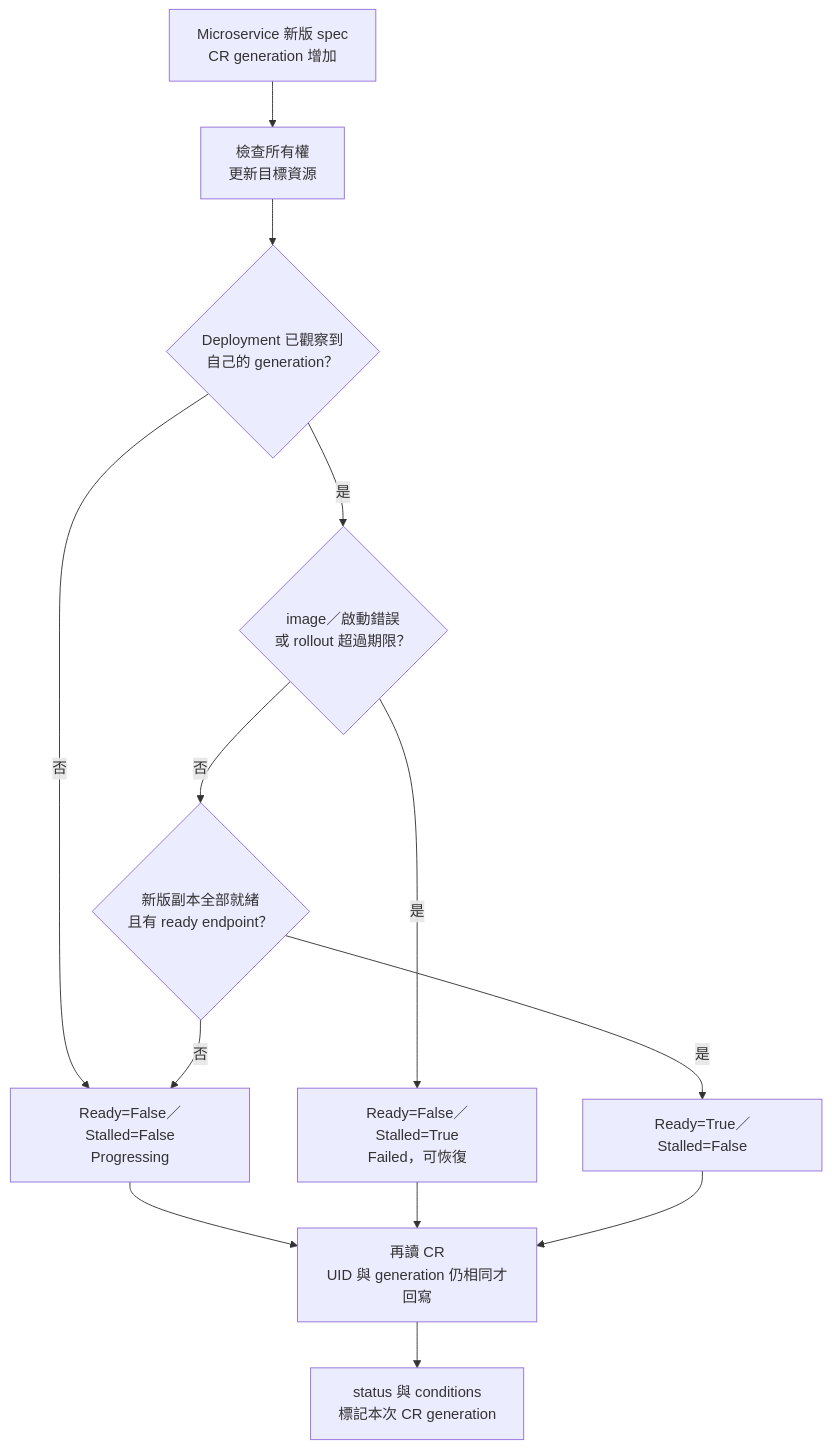
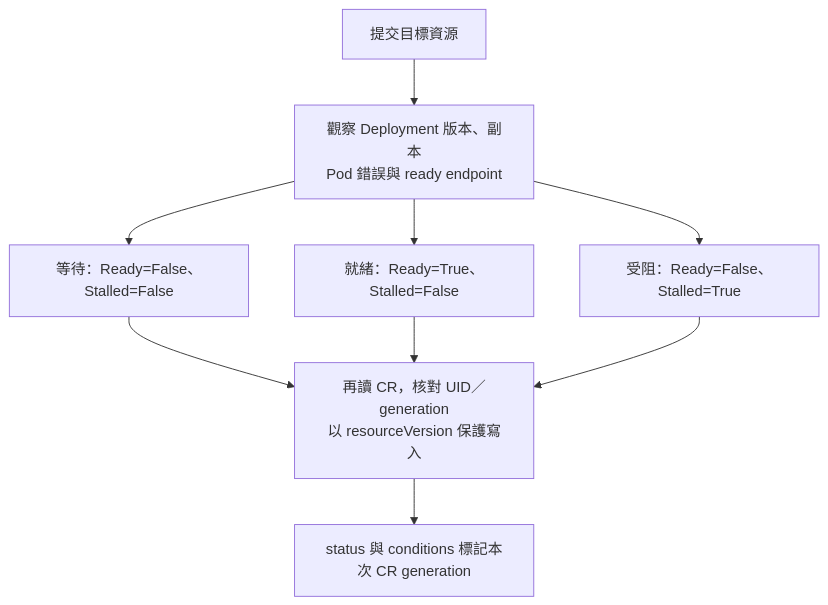
The diagram in doc/zh-tw/D22.md (yrw9281/IT30.Platform.Engineering), drawn with Mermaid before and after one commit. The commit also changed other lines of this file and 11 other files, not shown here.

````diff
--- a/doc/zh-tw/D22.md
+++ b/doc/zh-tw/D22.md
@@ -85,15 +65,11 @@
 ```mermaid
 flowchart TD
-    CR["Microservice 新版 spec<br/>CR generation 增加"] --> Apply["檢查所有權<br/>更新目標資源"]
-    Apply --> Observe{"Deployment 已觀察到<br/>自己的 generation？"}
-    Observe -->|"否"| Pending["Ready=False／Stalled=False<br/>Progressing"]
-    Observe -->|"是"| Error{"image／啟動錯誤<br/>或 rollout 超過期限？"}
-    Error -->|"是"| Failed["Ready=False／Stalled=True<br/>Failed，可恢復"]
-    Error -->|"否"| Complete{"新版副本全部就緒<br/>且有 ready endpoint？"}
-    Complete -->|"否"| Pending
-    Complete -->|"是"| Ready["Ready=True／Stalled=False"]
-    Pending --> Guard["再讀 CR<br/>UID 與 generation 仍相同才回寫"]
+    Apply["提交目標資源"] --> Observe["觀察 Deployment 版本、副本<br/>Pod 錯誤與 ready endpoint"]
+    Observe --> Pending["等待：Ready=False、Stalled=False"]
+    Observe --> Ready["就緒：Ready=True、Stalled=False"]
+    Observe --> Failed["受阻：Ready=False、Stalled=True"]
+    Pending --> Guard["再讀 CR，核對 UID／generation<br/>以 resourceVersion 保護寫入"]
+    Ready --> Guard
     Failed --> Guard
-    Ready --> Guard
-    Guard --> Status["status 與 conditions<br/>標記本次 CR generation"]
+    Guard --> Status["status 與 conditions 標記本次 CR generation"]
 ```
````
